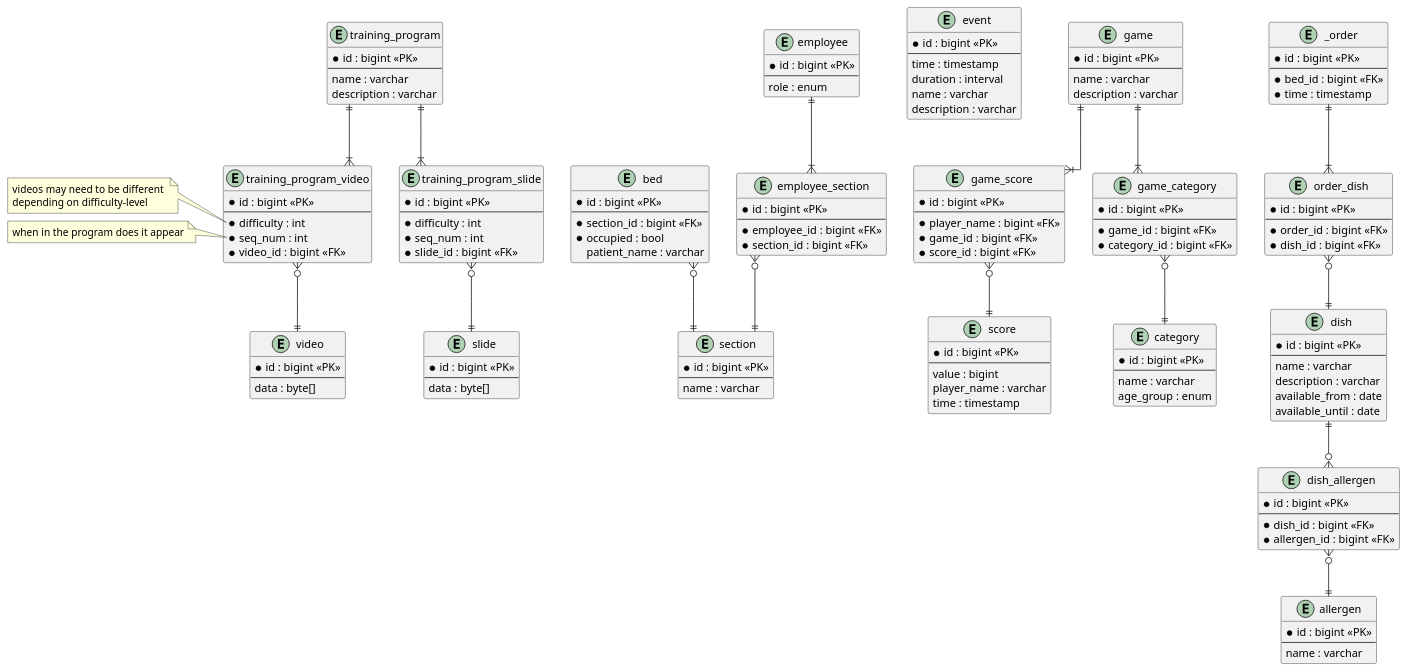
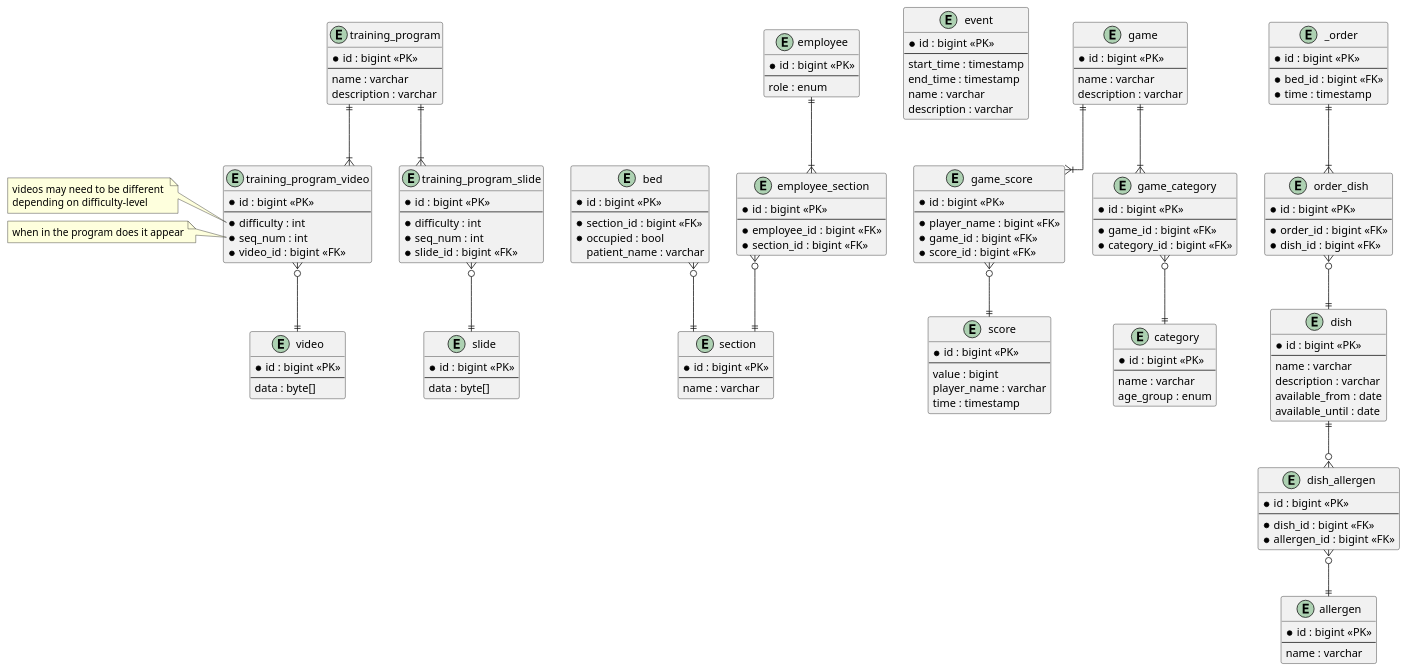
Before and after one commit to Oskar123456/SYSDAT-F25-TEAM-G: the diagram in diagrams/puml/ERD.puml, drawn with PlantUML. The commit also changed 1 other file, not shown here.

Commit message:
start/end times erd

```diff
--- a/diagrams/puml/ERD.puml
+++ b/diagrams/puml/ERD.puml
@@ -15,189 +15,189 @@
 @startuml
 /'!theme cerulean'/
 skinparam linetype ortho
 
 entity section {
     * id : bigint <<PK>>
     --
     name : varchar
 }
 entity bed {
     * id : bigint <<PK>>
     --
     * section_id : bigint <<FK>>
     * occupied : bool
     patient_name : varchar
 }
 entity employee {
     * id : bigint <<PK>>
     --
     role : enum
 }
 
 entity event {
     * id : bigint <<PK>>
     --
-    time : timestamp
-    duration : interval
+    start_time : timestamp
+    end_time : timestamp
     name : varchar
     description : varchar
 }
 
 entity game {
     * id : bigint <<PK>>
     --
     name : varchar
     description : varchar
 }
 
 entity score {
     * id : bigint <<PK>>
     --
     value : bigint
     player_name : varchar
     time : timestamp
 }
 
 entity game_score {
     * id : bigint <<PK>>
     --
     * player_name : bigint <<FK>>
     * game_id : bigint <<FK>>
     * score_id : bigint <<FK>>
 }
 
 entity _order {
     * id : bigint <<PK>>
     --
     * bed_id : bigint <<FK>>
     * time : timestamp
 }
 
 entity order_dish {
     * id : bigint <<PK>>
     --
     * order_id : bigint <<FK>>
     * dish_id : bigint <<FK>>
 }
 
 entity dish {
     * id : bigint <<PK>>
     --
     name : varchar
     description : varchar
     available_from : date
     available_until : date
 }
 
 entity dish_allergen {
     * id : bigint <<PK>>
     --
     * dish_id : bigint <<FK>>
     * allergen_id : bigint <<FK>>
 }
 
 entity allergen {
     * id : bigint <<PK>>
     --
     name : varchar
 }
 
 entity game_category {
     * id : bigint <<PK>>
     --
     * game_id : bigint <<FK>>
     * category_id : bigint <<FK>>
 }
 
 entity category {
     * id : bigint <<PK>>
     --
     name : varchar
     age_group : enum
 }
 
 entity training_program {
     * id : bigint <<PK>>
     --
     name : varchar
     description : varchar
 }
 
 entity training_program_slide {
     * id : bigint <<PK>>
     --
     * difficulty : int
     * seq_num : int
     * slide_id : bigint <<FK>>
 }
 
 entity training_program_video {
     * id : bigint <<PK>>
     --
     * difficulty : int
     * seq_num : int
     * video_id : bigint <<FK>>
 }
 
 entity slide {
     * id : bigint <<PK>>
     --
     data : byte[]
 }
 
 entity video {
     * id : bigint <<PK>>
     --
     data : byte[]
 }
 
 entity employee_section {
     * id : bigint <<PK>>
     --
     * employee_id : bigint <<FK>>
     * section_id : bigint <<FK>>
 }
 
 /' 
 
     RELATIONS
     
 '/
 
 _order ||--|{ order_dish
 order_dish }o--|| dish
 
 dish ||--o{ dish_allergen
 dish_allergen }o--|| allergen
 
 employee ||--|{ employee_section
 employee_section }o--|| section
 
 game ||--|{ game_category
 game_category }o--|| category
 game ||--|{ game_score
 game_score }o--|| score
 
 bed }o--|| section
 
 training_program ||--|{ training_program_video
 training_program_video }o--|| video
 training_program ||--|{ training_program_slide
 training_program_slide }o--|| slide
 
 /' 
 
     NOTES 
     
 '/
 
 note left of training_program_video::difficulty
 videos may need to be different 
 depending on difficulty-level
 end note
 
 note left of training_program_video::seq_num
 when in the program does it appear
 end note
 
 @enduml
```
